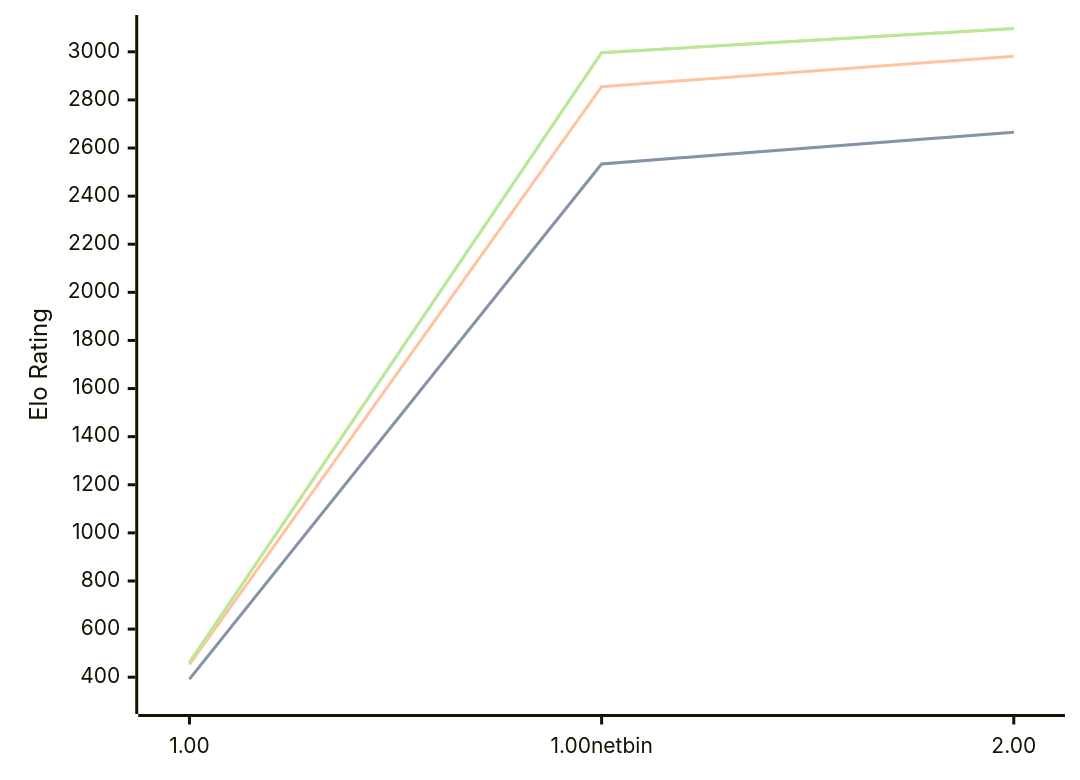
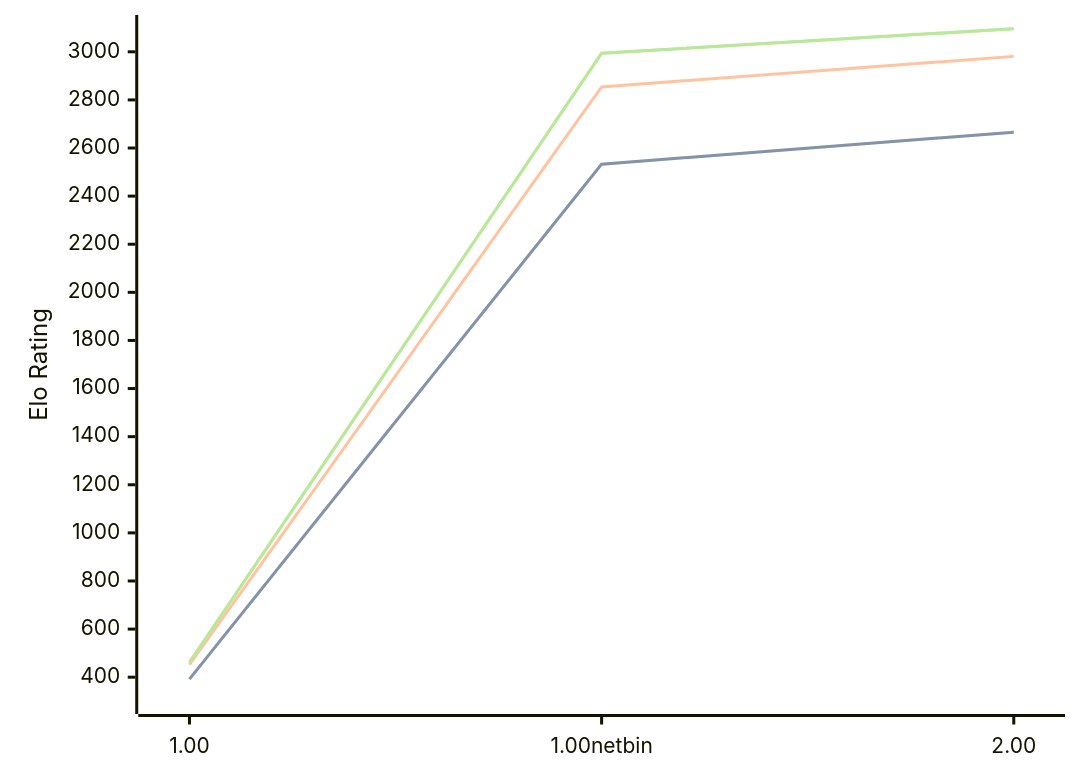
The diagram in engines/Gilipol.md (computer-chess-index/cci), drawn with Mermaid before and after one commit. The commit also changed other lines of this file, not shown here.

Commit message:
Update CCI Ratings (ELO VLTC) - 2026-08-11

````diff
--- a/engines/Gilipol.md
+++ b/engines/Gilipol.md
@@ -33,11 +33,11 @@
 ```mermaid
 %%{init: {"theme":"base","themeVariables":{"seriesColors:['#a3a3a3','#222221','#faa371']}}}%%
 xychart-beta
   x-axis ["1.00", "1.00netbin", "2.00"]
   y-axis "Elo Rating" 300 --> 3100
-  line "STC (8.0+0.08s)" [392, 2534, 2666]
-  line "STC (8.0+0.08s)" [392, 2534, 2666]
-  line "LTC (60.0+0.60s)" [452, 2855, 2982]
-  line "VLTC (2m24s+1.12s)" [462, 2996, 3097]
-  line "VLTC (2m24s+1.12s)" [462, 2996, 3097]
+  line "STC (8.0+0.08s)" [392, 2533, 2666]
+  line "STC (8.0+0.08s)" [392, 2533, 2666]
+  line "LTC (60.0+0.60s)" [452, 2854, 2981]
+  line "VLTC (2m24s+1.12s)" [462, 2994, 3096]
+  line "VLTC (2m24s+1.12s)" [462, 2994, 3096]
 ```
````
